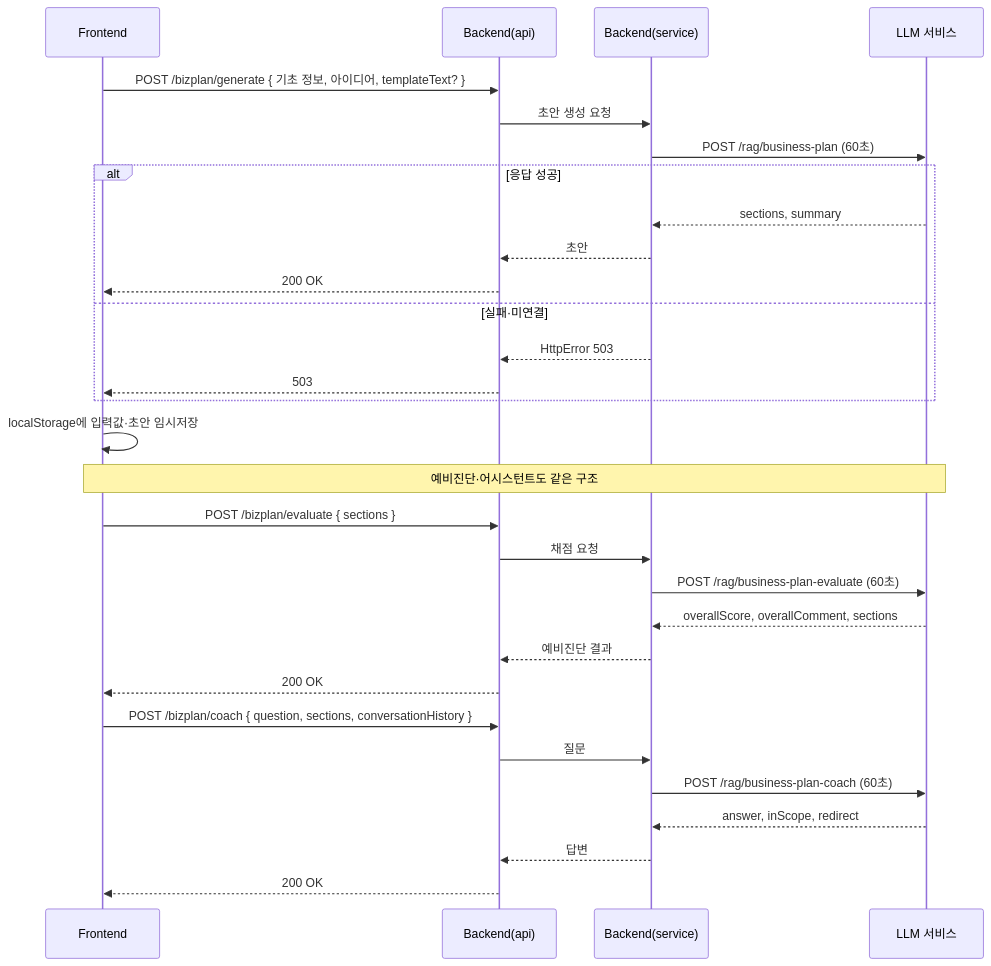
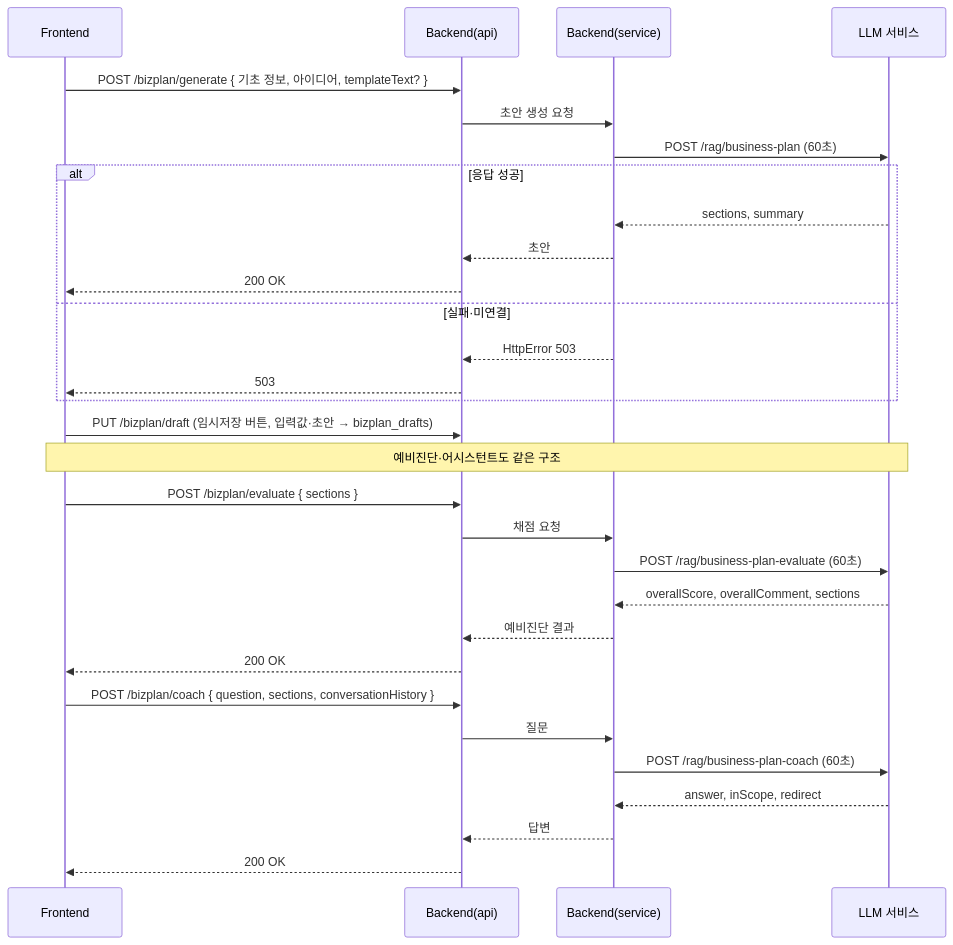
The fifth of 5 diagrams in Docs/Design/SEQUENCE.md (SKNETWORKS-FAMILY-AICAMP/SKN34-4th-3Team), drawn with Mermaid before and after one commit. The commit also changed 19 other files, not shown here.

````diff
--- a/Docs/Design/SEQUENCE.md
+++ b/Docs/Design/SEQUENCE.md
@@ -161,34 +161,34 @@
 ```mermaid
 sequenceDiagram
     participant FE as Frontend
     participant API as Backend(api)
     participant SVC as Backend(service)
     participant LLM as LLM 서비스
 
     FE->>API: POST /bizplan/generate { 기초 정보, 아이디어, templateText? }
     API->>SVC: 초안 생성 요청
     SVC->>LLM: POST /rag/business-plan (60초)
     alt 응답 성공
         LLM-->>SVC: sections, summary
         SVC-->>API: 초안
         API-->>FE: 200 OK
     else 실패·미연결
         SVC-->>API: HttpError 503
         API-->>FE: 503
     end
-    FE->>FE: localStorage에 입력값·초안 임시저장
+    FE->>API: PUT /bizplan/draft (임시저장 버튼, 입력값·초안 → bizplan_drafts)
 
     Note over FE,LLM: 예비진단·어시스턴트도 같은 구조
     FE->>API: POST /bizplan/evaluate { sections }
     API->>SVC: 채점 요청
     SVC->>LLM: POST /rag/business-plan-evaluate (60초)
     LLM-->>SVC: overallScore, overallComment, sections
     SVC-->>API: 예비진단 결과
     API-->>FE: 200 OK
     FE->>API: POST /bizplan/coach { question, sections, conversationHistory }
     API->>SVC: 질문
     SVC->>LLM: POST /rag/business-plan-coach (60초)
     LLM-->>SVC: answer, inScope, redirect
     SVC-->>API: 답변
     API-->>FE: 200 OK
 ```
````
